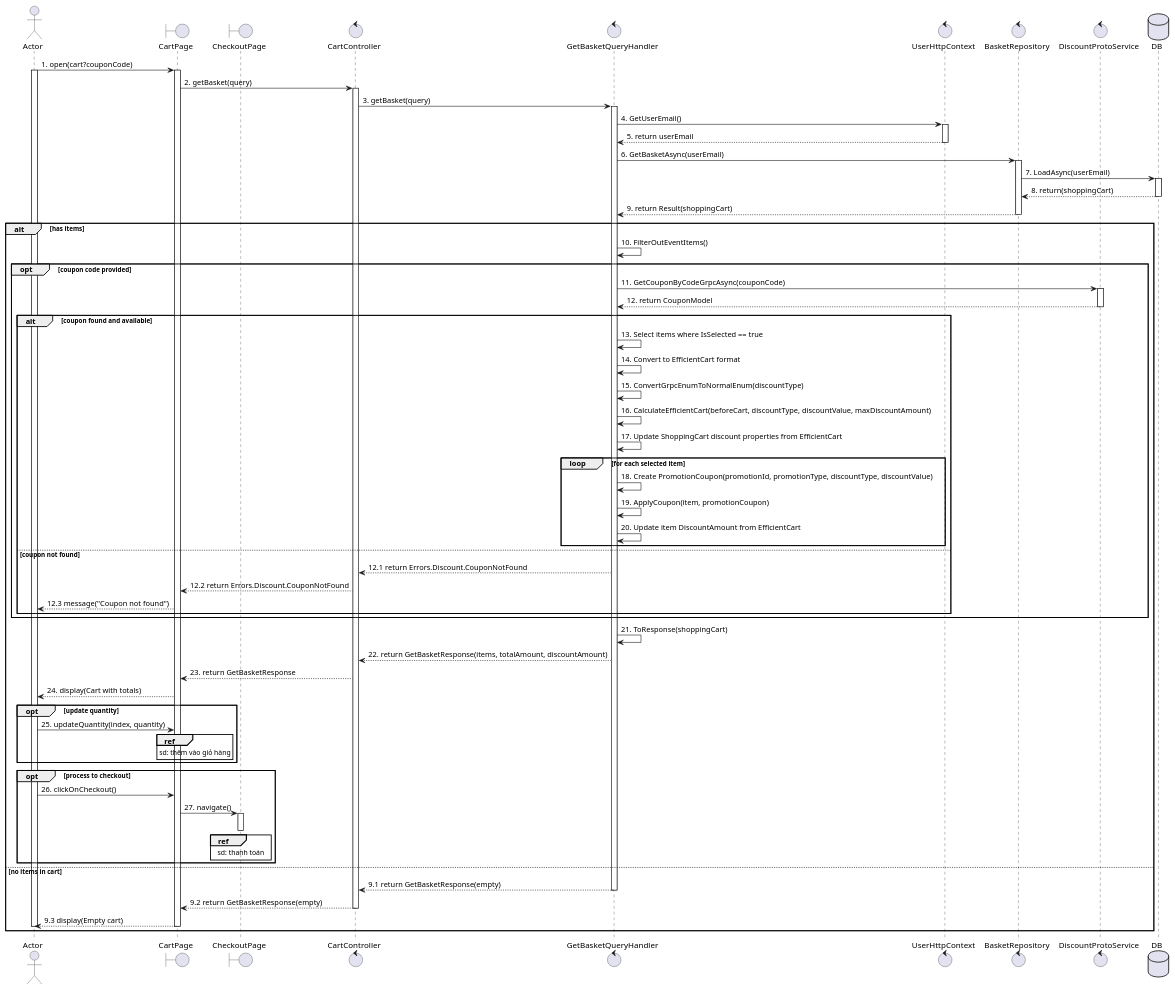
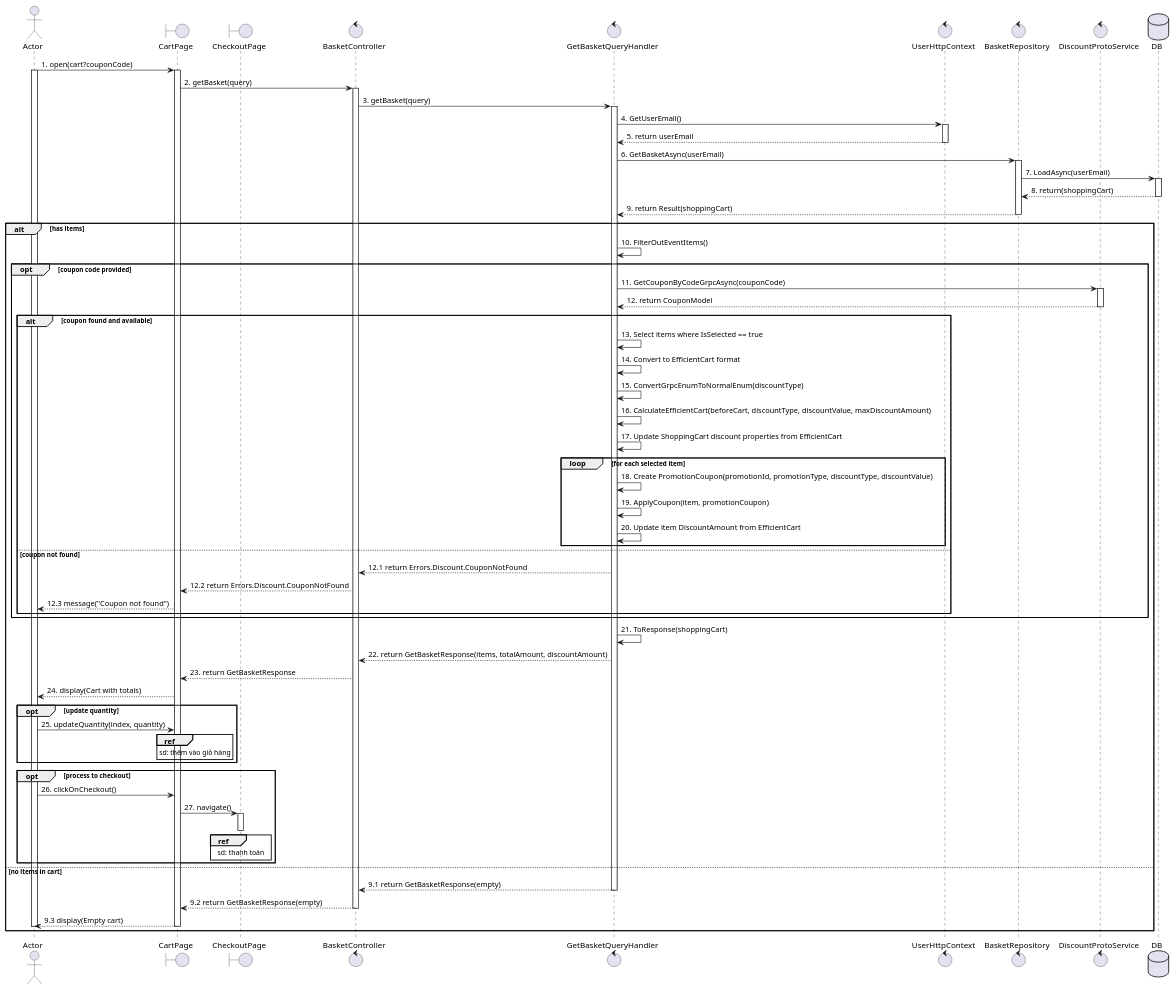
Before and after one commit to Young-Z-Generation-YZG/your-comfort-my-apple: the diagram in docs/usecases/UC10_manage-cart.plantuml, drawn with PlantUML. The commit also changed 3 other files, not shown here.

```diff
--- a/docs/usecases/UC10_manage-cart.plantuml
+++ b/docs/usecases/UC10_manage-cart.plantuml
@@ -1,89 +1,89 @@
 @startuml UC10_manage_cart
 actor Actor
 boundary CartPage
 boundary CheckoutPage
-control CartController
+control BasketController
 control GetBasketQueryHandler
 control UserHttpContext
 control BasketRepository
 control DiscountProtoService
 database DB
 
 Actor -> CartPage: 1. open(cart?couponCode)
 activate Actor
 activate CartPage
 
-CartPage -> CartController: 2. getBasket(query)
-activate CartController
+CartPage -> BasketController: 2. getBasket(query)
+activate BasketController
 
-CartController -> GetBasketQueryHandler: 3. getBasket(query)
+BasketController -> GetBasketQueryHandler: 3. getBasket(query)
 activate GetBasketQueryHandler
 
 GetBasketQueryHandler -> UserHttpContext: 4. GetUserEmail()
 activate UserHttpContext
 UserHttpContext --> GetBasketQueryHandler: 5. return userEmail
 deactivate UserHttpContext
 
 GetBasketQueryHandler -> BasketRepository: 6. GetBasketAsync(userEmail)
 activate BasketRepository
 BasketRepository -> DB: 7. LoadAsync(userEmail)
 activate DB
 DB --> BasketRepository: 8. return(shoppingCart)
 deactivate DB
 BasketRepository --> GetBasketQueryHandler: 9. return Result(shoppingCart)
 deactivate BasketRepository
 
 alt has items
     GetBasketQueryHandler -> GetBasketQueryHandler: 10. FilterOutEventItems()
 
     opt coupon code provided
         GetBasketQueryHandler -> DiscountProtoService: 11. GetCouponByCodeGrpcAsync(couponCode)
         activate DiscountProtoService
         DiscountProtoService --> GetBasketQueryHandler: 12. return CouponModel
         deactivate DiscountProtoService
 
         alt coupon found and available
             GetBasketQueryHandler -> GetBasketQueryHandler: 13. Select items where IsSelected == true
             GetBasketQueryHandler -> GetBasketQueryHandler: 14. Convert to EfficientCart format
             GetBasketQueryHandler -> GetBasketQueryHandler: 15. ConvertGrpcEnumToNormalEnum(discountType)
             GetBasketQueryHandler -> GetBasketQueryHandler: 16. CalculateEfficientCart(beforeCart, discountType, discountValue, maxDiscountAmount)
             GetBasketQueryHandler -> GetBasketQueryHandler: 17. Update ShoppingCart discount properties from EfficientCart
             loop for each selected item
                 GetBasketQueryHandler -> GetBasketQueryHandler: 18. Create PromotionCoupon(promotionId, promotionType, discountType, discountValue)
                 GetBasketQueryHandler -> GetBasketQueryHandler: 19. ApplyCoupon(item, promotionCoupon)
                 GetBasketQueryHandler -> GetBasketQueryHandler: 20. Update item DiscountAmount from EfficientCart
             end
         else coupon not found
-            GetBasketQueryHandler --> CartController: 12.1 return Errors.Discount.CouponNotFound
-            CartController --> CartPage: 12.2 return Errors.Discount.CouponNotFound
+            GetBasketQueryHandler --> BasketController: 12.1 return Errors.Discount.CouponNotFound
+            BasketController --> CartPage: 12.2 return Errors.Discount.CouponNotFound
             CartPage --> Actor: 12.3 message("Coupon not found")
         end
     end
 
     GetBasketQueryHandler -> GetBasketQueryHandler: 21. ToResponse(shoppingCart)
-    GetBasketQueryHandler --> CartController: 22. return GetBasketResponse(items, totalAmount, discountAmount)
-    CartController --> CartPage: 23. return GetBasketResponse
+    GetBasketQueryHandler --> BasketController: 22. return GetBasketResponse(items, totalAmount, discountAmount)
+    BasketController --> CartPage: 23. return GetBasketResponse
     CartPage --> Actor: 24. display(Cart with totals)
     opt update quantity
         Actor -> CartPage: 25. updateQuantity(index, quantity)
         ref over CartPage: sd: thêm vào giỏ hàng
     end
 
     opt process to checkout
         Actor -> CartPage: 26. clickOnCheckout()
         CartPage -> CheckoutPage: 27. navigate()
         activate CheckoutPage
         deactivate CheckoutPage
         ref over CheckoutPage: sd: thanh toán
     end
 else no items in cart
-    GetBasketQueryHandler --> CartController: 9.1 return GetBasketResponse(empty)
+    GetBasketQueryHandler --> BasketController: 9.1 return GetBasketResponse(empty)
     deactivate GetBasketQueryHandler
-    CartController --> CartPage: 9.2 return GetBasketResponse(empty)
-    deactivate CartController
+    BasketController --> CartPage: 9.2 return GetBasketResponse(empty)
+    deactivate BasketController
     CartPage --> Actor: 9.3 display(Empty cart)
     deactivate CartPage
     deactivate Actor
 end
 
 @enduml
```
